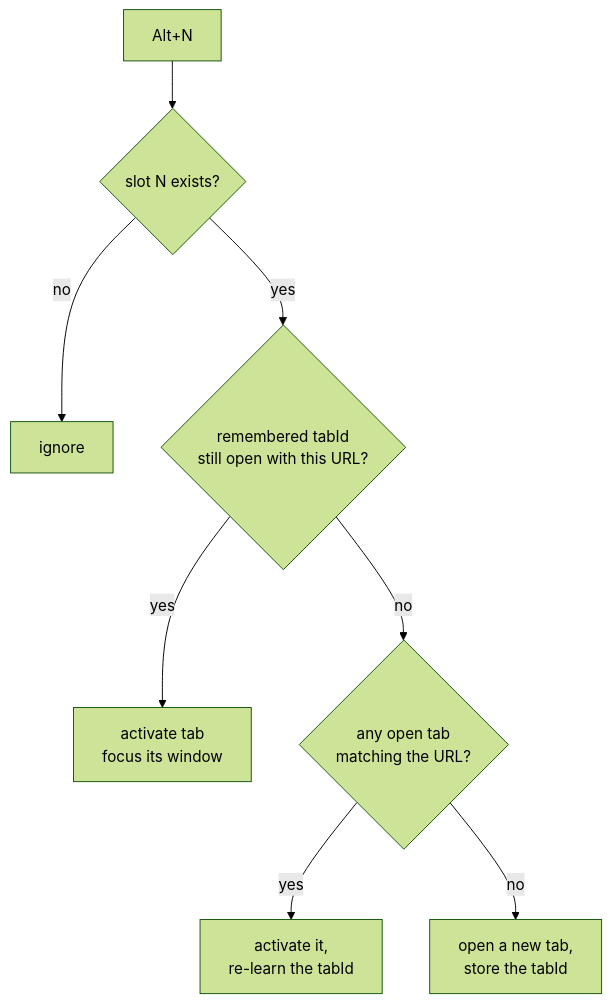
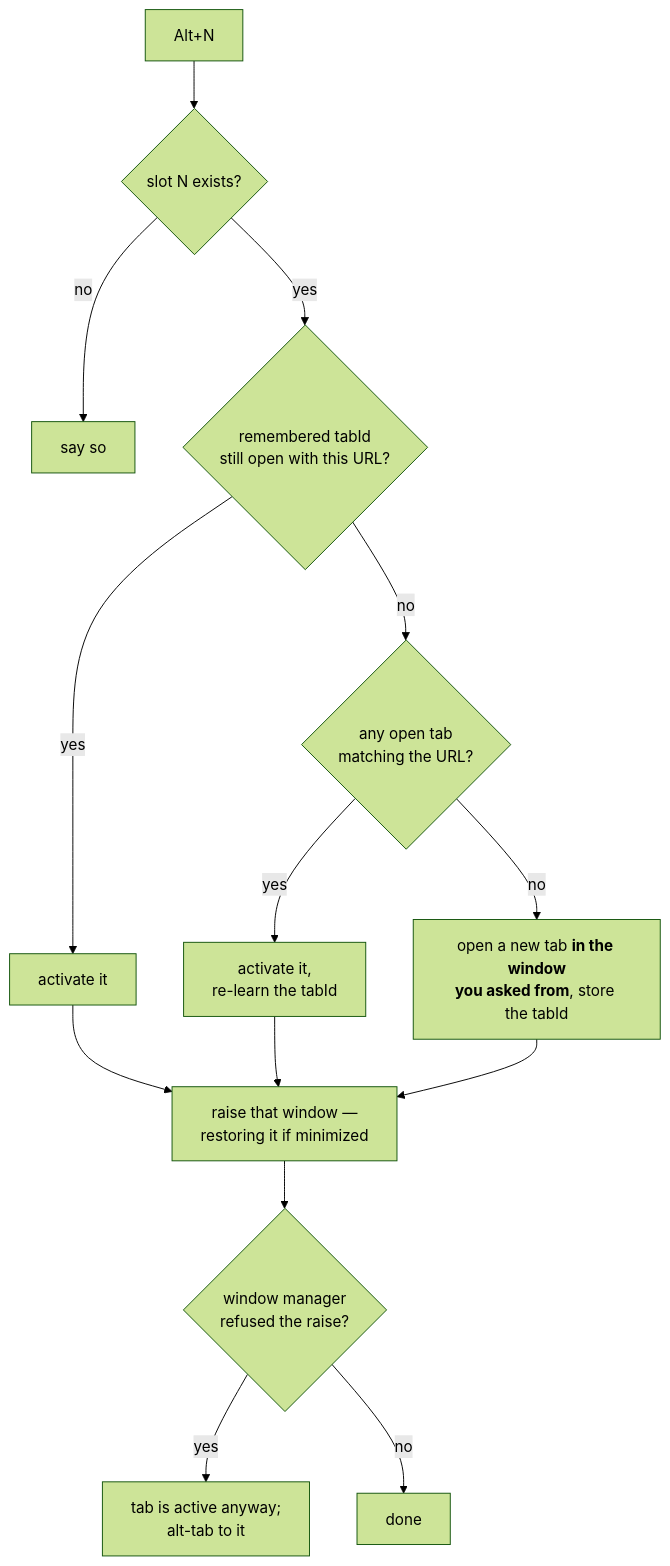
Before and after one commit to demian-overflow/tabstack: the fourth of 4 diagrams in README.md, drawn with Mermaid (forest theme). The commit also changed other lines of this file and 9 other files, not shown here.

First line of the commit message:
feat: raise the target window on jump, and report panel failures (v0.3.1)

````diff
--- a/README.md
+++ b/README.md
@@ -269,10 +275,16 @@
 ```mermaid
 flowchart TD
     A["Alt+N"] --> B{"slot N exists?"}
-    B -->|no| C["ignore"]
+    B -->|no| C["say so"]
     B -->|yes| D{"remembered tabId<br/>still open with this URL?"}
-    D -->|yes| E["activate tab<br/>focus its window"]
+    D -->|yes| E["activate it"]
     D -->|no| F{"any open tab<br/>matching the URL?"}
     F -->|yes| G["activate it,<br/>re-learn the tabId"]
-    F -->|no| H["open a new tab,<br/>store the tabId"]
+    F -->|no| H["open a new tab <b>in the window<br/>you asked from</b>, store the tabId"]
+    E --> R["raise that window —<br/>restoring it if minimized"]
+    G --> R
+    H --> R
+    R --> S{"window manager<br/>refused the raise?"}
+    S -->|yes| S1["tab is active anyway;<br/>alt-tab to it"]
+    S -->|no| S2["done"]
 ```
````
